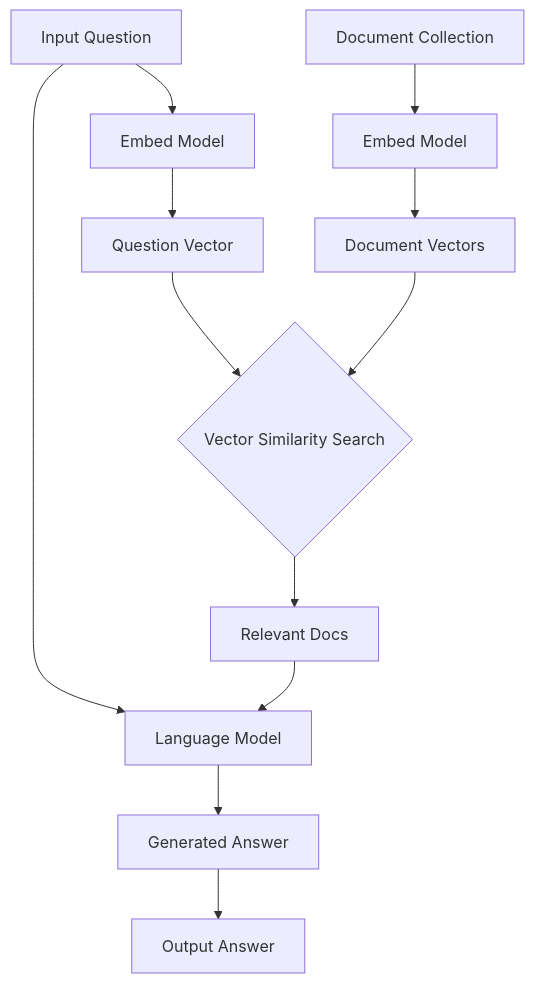
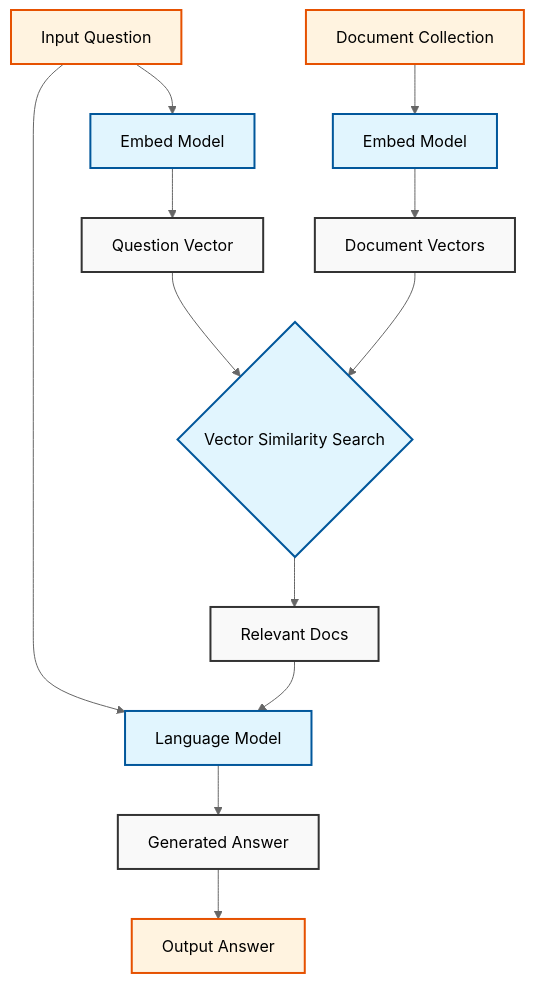
Before and after one commit to zluckyhou/zluckyhou.github.com: the diagram in _posts/2024-7-25-rag_friends.md, drawn with Mermaid.

```diff
--- a/_posts/2024-7-25-rag_friends.md
+++ b/_posts/2024-7-25-rag_friends.md
@@ -62,14 +62,20 @@
     <div class="mermaid">
-        graph TD
-            A[Input Question] --> B[Embed Model]
-            B --> C[Question Vector]
-            D[Document Collection] --> E[Embed Model]
-            E --> F[Document Vectors]
-            C --> G{Vector Similarity Search}
-            F --> G
-            G --> H[Relevant Docs]
-            A --> I[Language Model]
-            H --> I
-            I --> J[Generated Answer]
-            J --> K[Output Answer]
+    %%{init: {'theme': 'neutral', 'themeVariables': { 'fontSize': '16px', 'fontFamily': 'Arial', 'nodeSpacing': 100, 'rankSpacing': 80}}}%%
+    flowchart TD
+        A[Input Question] --> B[Embed Model]
+        B --> C[Question Vector]
+        D[Document Collection] --> E[Embed Model]
+        E --> F[Document Vectors]
+        C & F --> G{Vector Similarity Search}
+        G --> H[Relevant Docs]
+        A & H --> I[Language Model]
+        I --> J[Generated Answer]
+        J --> K[Output Answer]
+    
+        classDef default fill:#f9f9f9,stroke:#333,stroke-width:2px;
+        classDef process fill:#e1f5fe,stroke:#01579b,stroke-width:2px;
+        classDef data fill:#fff3e0,stroke:#e65100,stroke-width:2px;
+        
+        class A,D,K data;
+        class B,E,G,I process;
     </div>
```
